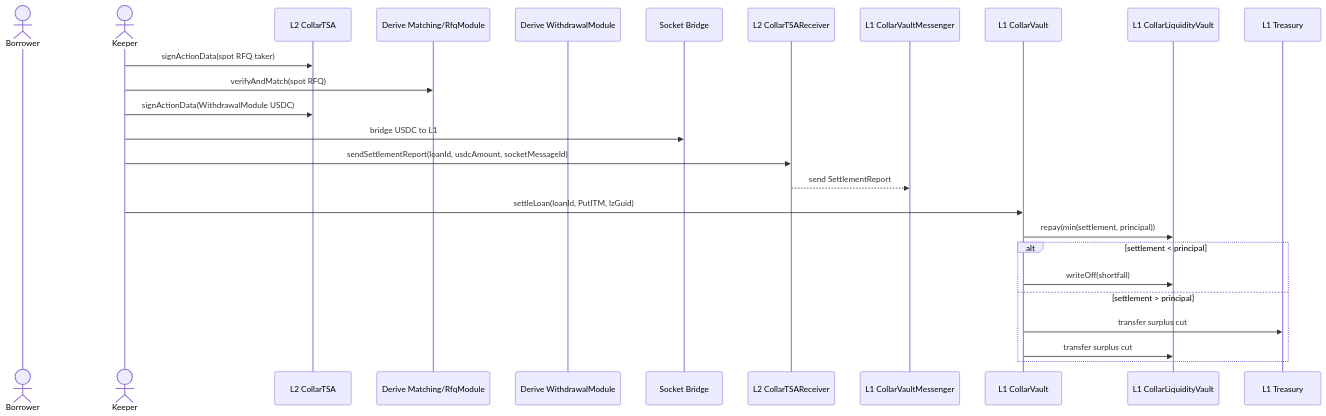
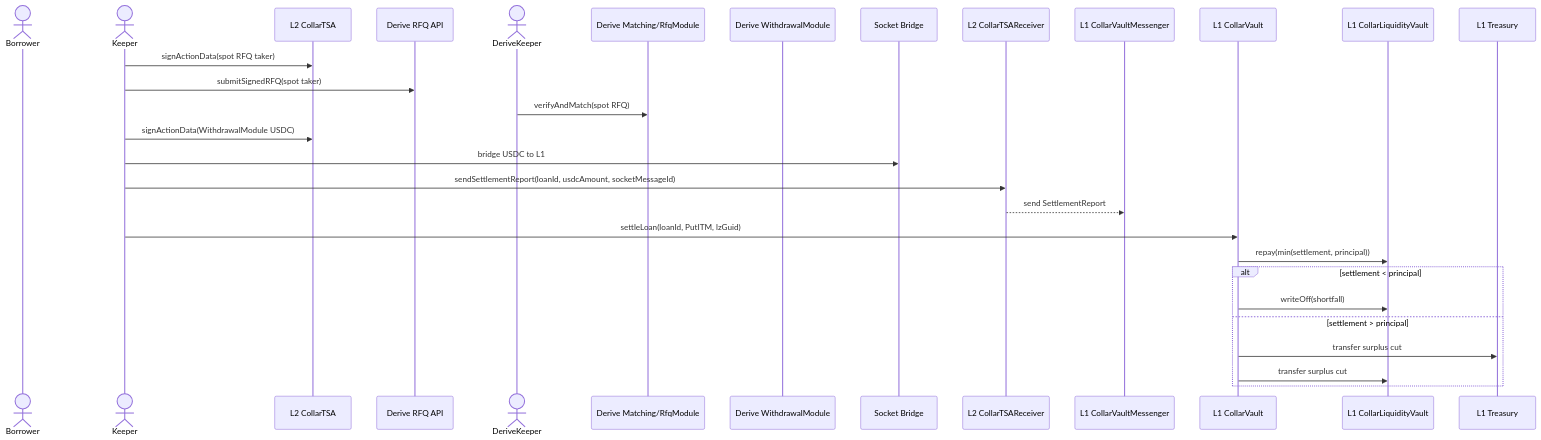
One commit to valo/musical-bassoon changed the third of 5 diagrams in docs/SPEC.md. Above: the diagram before and after it, drawn with Mermaid. The commit also changed other lines of this file, not shown here.

Commit message:
Docs: reflect Derive keeper/API RFQ submission flow

````diff
--- a/docs/SPEC.md
+++ b/docs/SPEC.md
@@ -194,29 +200,32 @@
 ```mermaid
 sequenceDiagram
   actor Borrower
   actor Keeper
   participant TSA as L2 CollarTSA
+  participant DeriveAPI as Derive RFQ API
+  actor DeriveKeeper
   participant Match as Derive Matching/RfqModule
   participant Withdraw as Derive WithdrawalModule
   participant Socket as Socket Bridge
   participant L2Recv as L2 CollarTSAReceiver
   participant LZ as L1 CollarVaultMessenger
   participant Vault as L1 CollarVault
   participant Liquidity as L1 CollarLiquidityVault
   participant Treasury as L1 Treasury
 
   Keeper->>TSA: signActionData(spot RFQ taker)
-  Keeper->>Match: verifyAndMatch(spot RFQ)
+  Keeper->>DeriveAPI: submitSignedRFQ(spot taker)
+  DeriveKeeper->>Match: verifyAndMatch(spot RFQ)
   Keeper->>TSA: signActionData(WithdrawalModule USDC)
   Keeper->>Socket: bridge USDC to L1
   Keeper->>L2Recv: sendSettlementReport(loanId, usdcAmount, socketMessageId)
   L2Recv-->>LZ: send SettlementReport
   Keeper->>Vault: settleLoan(loanId, PutITM, lzGuid)
   Vault->>Liquidity: repay(min(settlement, principal))
   alt settlement < principal
     Vault->>Liquidity: writeOff(shortfall)
   else settlement > principal
     Vault->>Treasury: transfer surplus cut
     Vault->>Liquidity: transfer surplus cut
   end
 ```
````
